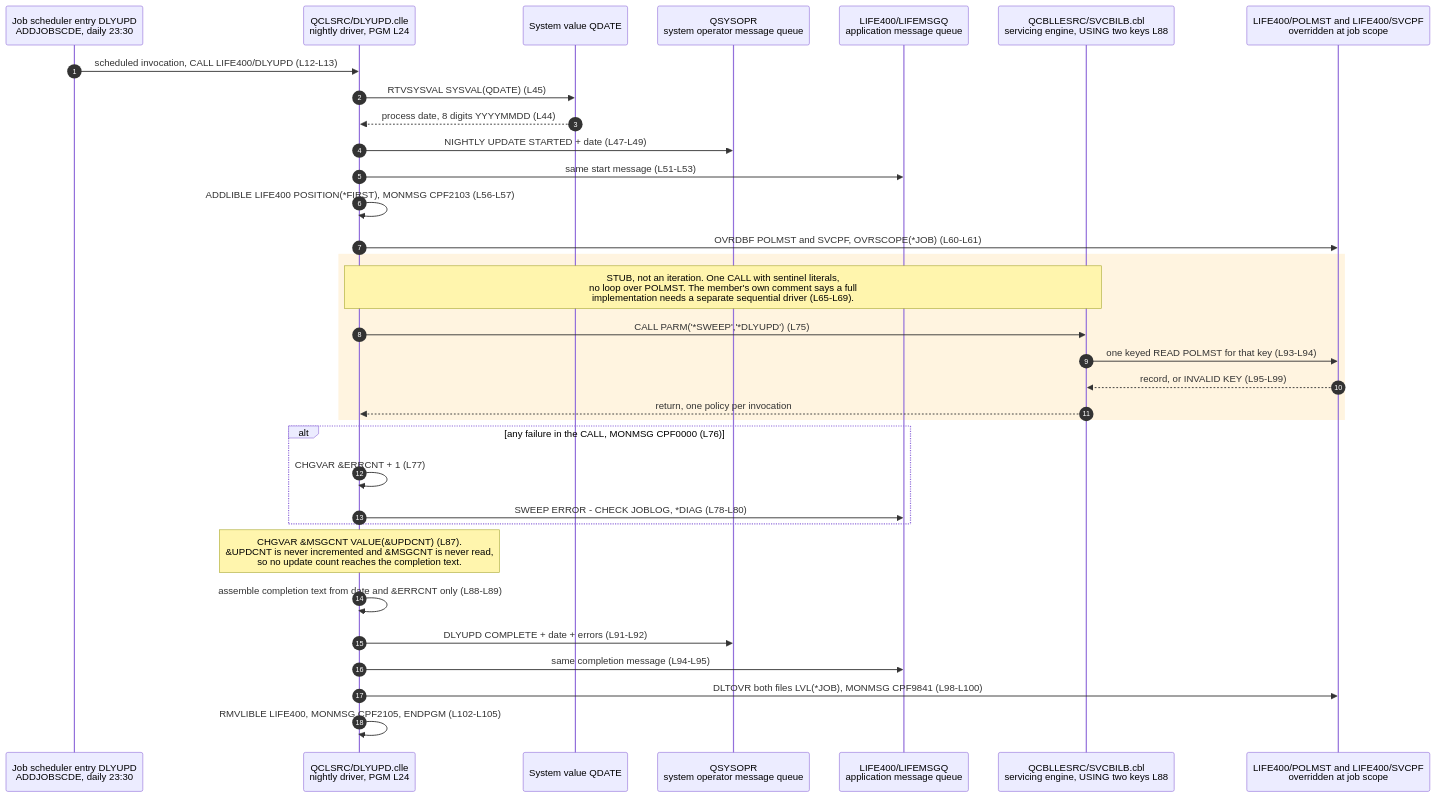
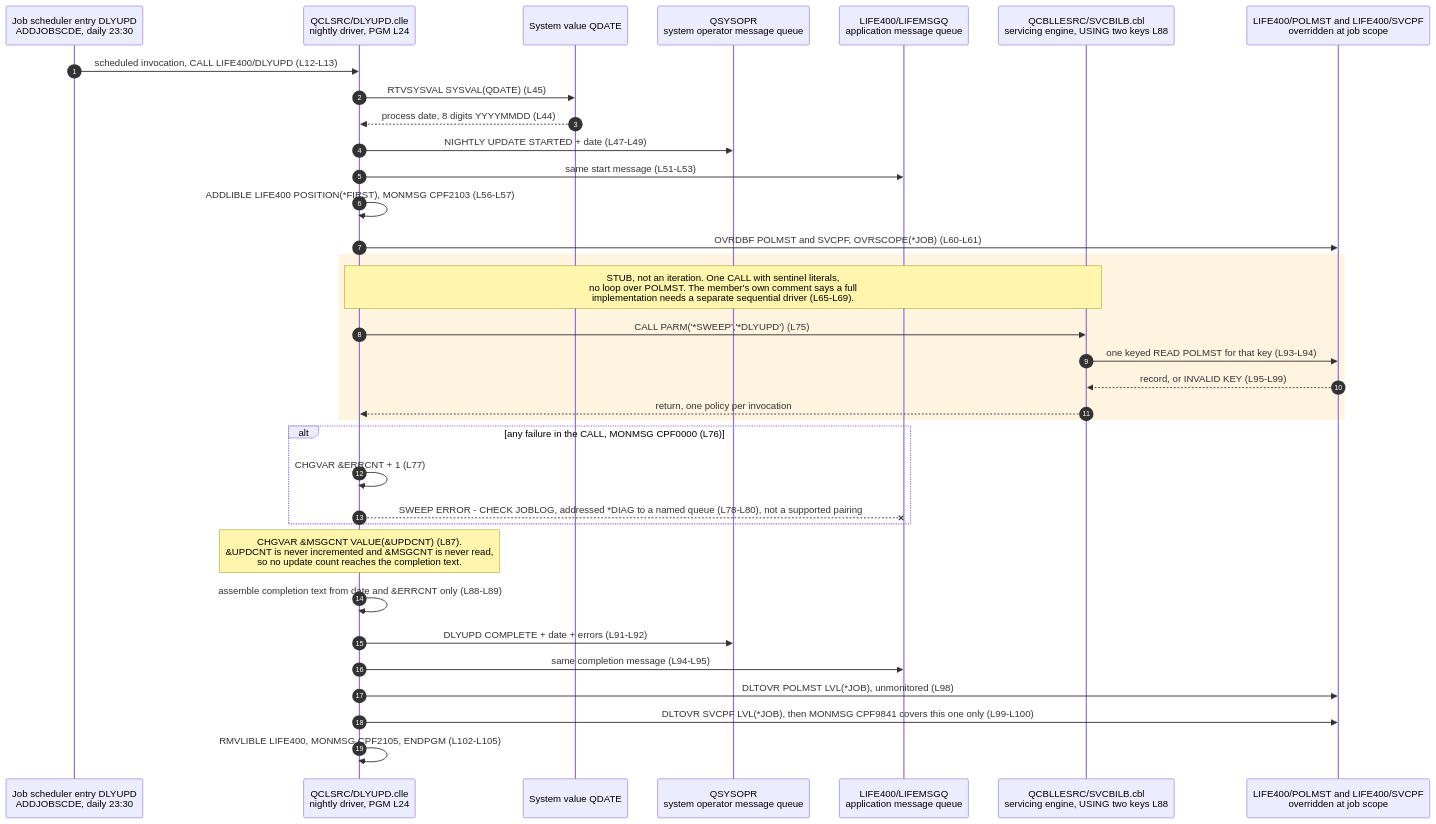
One commit to blitzy-public-samples/blitzy-LIFE400 changed the first of 2 diagrams in docs/modernization/current-state/06-operational-model.md. Above: the diagram before and after it, drawn with Mermaid. The commit also changed other lines of this file and 10 other files, not shown here.

````diff
--- a/docs/modernization/current-state/06-operational-model.md
+++ b/docs/modernization/current-state/06-operational-model.md
@@ -148,39 +179,40 @@
 ```mermaid
 sequenceDiagram
     autonumber
     participant SCD as Job scheduler entry DLYUPD<br/>ADDJOBSCDE, daily 23:30
     participant DLY as QCLSRC/DLYUPD.clle<br/>nightly driver, PGM L24
     participant QDT as System value QDATE
     participant OPR as QSYSOPR<br/>system operator message queue
     participant MSQ as LIFE400/LIFEMSGQ<br/>application message queue
     participant SVB as QCBLLESRC/SVCBILB.cbl<br/>servicing engine, USING two keys L88
     participant FIL as LIFE400/POLMST and LIFE400/SVCPF<br/>overridden at job scope
 
     SCD->>DLY: scheduled invocation, CALL LIFE400/DLYUPD (L12-L13)
     DLY->>QDT: RTVSYSVAL SYSVAL(QDATE) (L45)
     QDT-->>DLY: process date, 8 digits YYYYMMDD (L44)
     DLY->>OPR: NIGHTLY UPDATE STARTED + date (L47-L49)
     DLY->>MSQ: same start message (L51-L53)
     DLY->>DLY: ADDLIBLE LIFE400 POSITION(*FIRST), MONMSG CPF2103 (L56-L57)
     DLY->>FIL: OVRDBF POLMST and SVCPF, OVRSCOPE(*JOB) (L60-L61)
 
     rect rgb(255, 244, 224)
     Note over DLY,SVB: STUB, not an iteration. One CALL with sentinel literals,<br/>no loop over POLMST. The member's own comment says a full<br/>implementation needs a separate sequential driver (L65-L69).
     DLY->>SVB: CALL PARM('*SWEEP','*DLYUPD') (L75)
     SVB->>FIL: one keyed READ POLMST for that key (L93-L94)
     FIL-->>SVB: record, or INVALID KEY (L95-L99)
     SVB-->>DLY: return, one policy per invocation
     end
 
     alt any failure in the CALL, MONMSG CPF0000 (L76)
         DLY->>DLY: CHGVAR &ERRCNT + 1 (L77)
-        DLY->>MSQ: SWEEP ERROR - CHECK JOBLOG, *DIAG (L78-L80)
+        DLY--xMSQ: SWEEP ERROR - CHECK JOBLOG, addressed *DIAG to a named queue (L78-L80), not a supported pairing
     end
 
     Note over DLY: CHGVAR &MSGCNT VALUE(&UPDCNT) (L87).<br/>&UPDCNT is never incremented and &MSGCNT is never read,<br/>so no update count reaches the completion text.
     DLY->>DLY: assemble completion text from date and &ERRCNT only (L88-L89)
     DLY->>OPR: DLYUPD COMPLETE + date + errors (L91-L92)
     DLY->>MSQ: same completion message (L94-L95)
-    DLY->>FIL: DLTOVR both files LVL(*JOB), MONMSG CPF9841 (L98-L100)
+    DLY->>FIL: DLTOVR POLMST LVL(*JOB), unmonitored (L98)
+    DLY->>FIL: DLTOVR SVCPF LVL(*JOB), then MONMSG CPF9841 covers this one only (L99-L100)
     DLY->>DLY: RMVLIBLE LIFE400, MONMSG CPF2105, ENDPGM (L102-L105)
 ```
````
